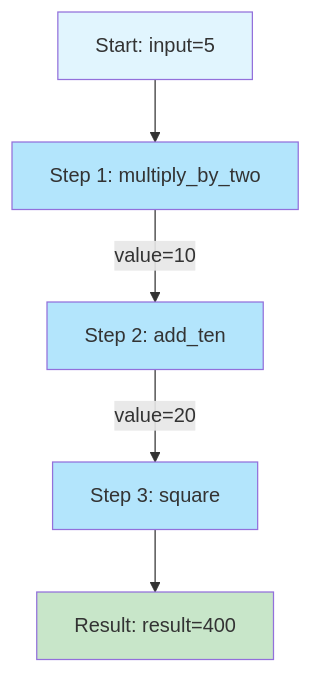
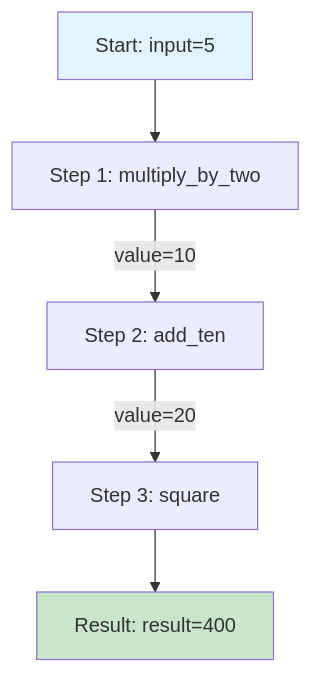
Before and after one commit to wisrovi/wpipe: the first of 3 diagrams in examples/basic_pipeline/01_simple_function/README.md, drawn with Mermaid. The commit also changed other lines of this file and 33 other files, not shown here.

````diff
--- a/examples/basic_pipeline/01_simple_function/README.md
+++ b/examples/basic_pipeline/01_simple_function/README.md
@@ -39,13 +14,10 @@
 ```mermaid
 flowchart TD
     A[Start: input=5] --> B[Step 1: multiply_by_two]
     B -->|value=10| C[Step 2: add_ten]
     C -->|value=20| D[Step 3: square]
     D --> E[Result: result=400]
     
     style A fill:#e1f5fe
-    style B fill:#b3e5fc
-    style C fill:#b3e5fc
-    style D fill:#b3e5fc
     style E fill:#c8e6c9
 ```
````
